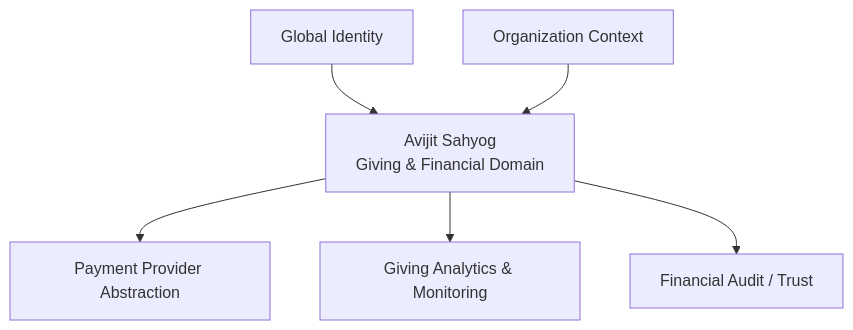
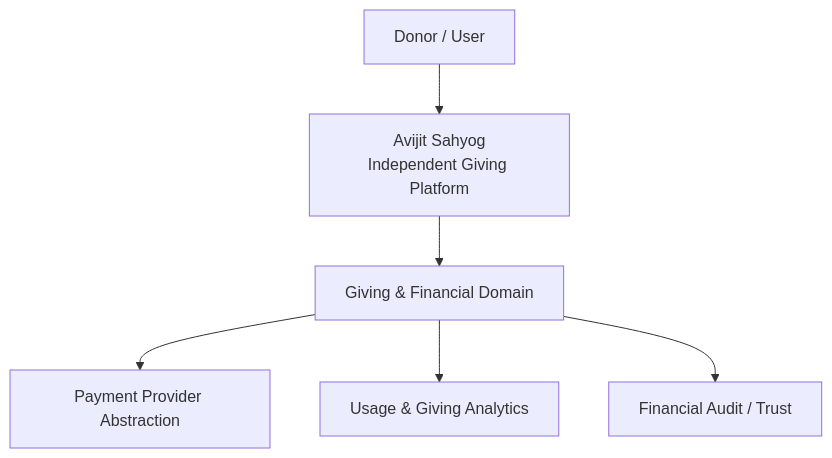
Before and after one commit to AvijitSamooh/AvijitSahyog: the diagram in docs/vision.md, drawn with Mermaid. The commit also changed other lines of this file, not shown here.

Commit message:
docs: clarify Avijit Sahyog product independence

````diff
--- a/docs/vision.md
+++ b/docs/vision.md
@@ -46,15 +47,15 @@
 ```mermaid
 flowchart TB
-    Identity[Global Identity]
-    Tenant[Organization Context]
-    Giving[Avijit Sahyog\nGiving & Financial Domain]
+    User[Donor / User]
+    App[Avijit Sahyog\nIndependent Giving Platform]
+    Giving[Giving & Financial Domain]
     Payments[Payment Provider Abstraction]
-    Analytics[Giving Analytics & Monitoring]
+    Analytics[Usage & Giving Analytics]
     Audit[Financial Audit / Trust]
 
-    Identity --> Giving
-    Tenant --> Giving
+    User --> App
+    App --> Giving
     Giving --> Payments
     Giving --> Analytics
     Giving --> Audit
 ```
````
